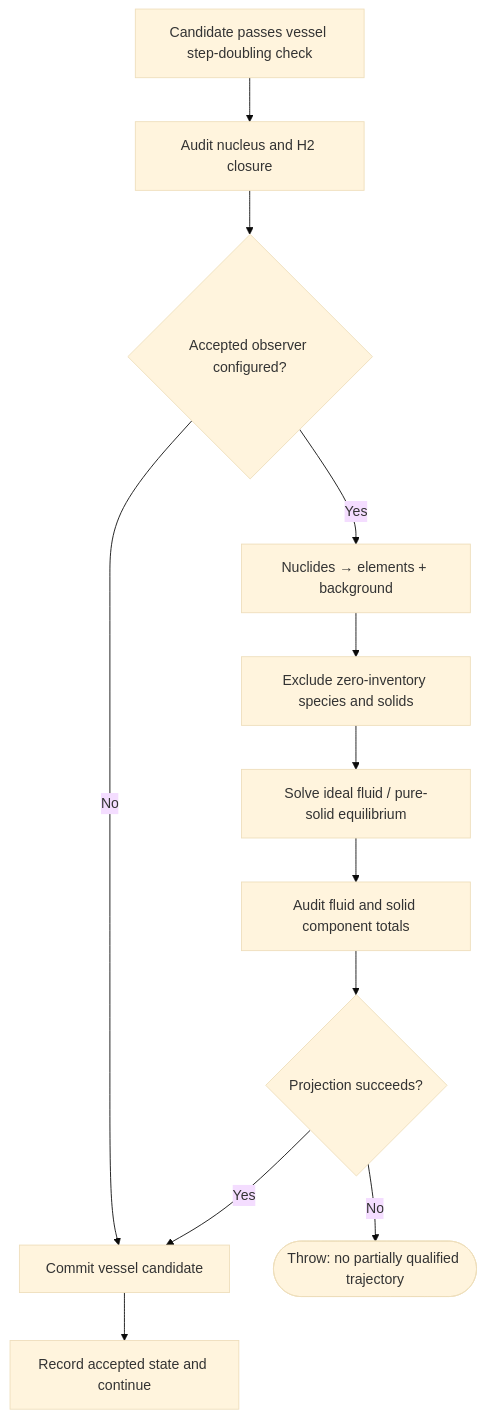
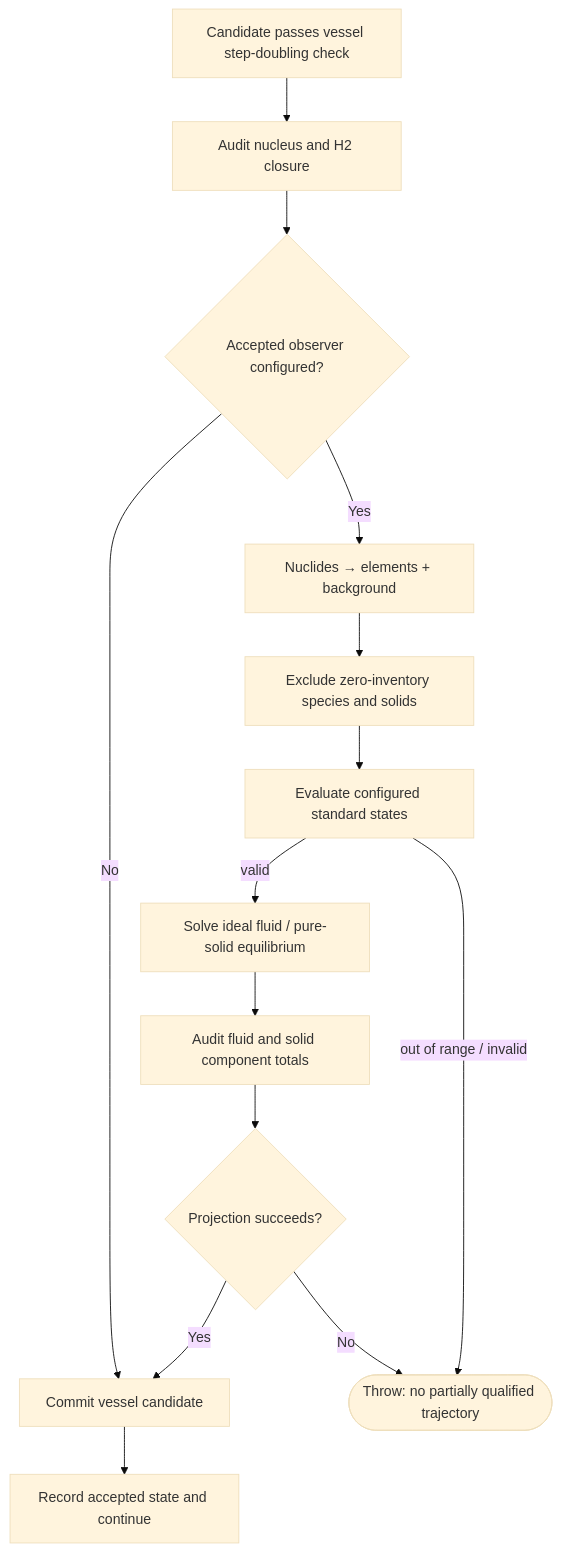
The second of 4 diagrams in architecture/sysml-v2/views/09-chemistry-time-coupling.md (dward239/Thermodynamics_of_Solution), drawn with Mermaid (base theme) before and after one commit. The commit also changed other lines of this file and 7 other files, not shown here.

Commit message:
Evaluate chemical equilibrium at candidate vessel temperature

````diff
--- a/architecture/sysml-v2/views/09-chemistry-time-coupling.md
+++ b/architecture/sysml-v2/views/09-chemistry-time-coupling.md
@@ -31,14 +32,16 @@
 ```mermaid
 flowchart TD
   A["Candidate passes vessel step-doubling check"] --> B["Audit nucleus and H2 closure"]
   B --> C{"Accepted observer configured?"}
   C -->|No| D["Commit vessel candidate"]
   C -->|Yes| E["Nuclides → elements + background"]
   E --> F["Exclude zero-inventory species and solids"]
-  F --> G["Solve ideal fluid / pure-solid equilibrium"]
+  F --> T["Evaluate configured standard states"]
+  T -->|valid| G["Solve ideal fluid / pure-solid equilibrium"]
+  T -->|out of range / invalid| J
   G --> H["Audit fluid and solid component totals"]
   H --> I{"Projection succeeds?"}
   I -->|Yes| D
   I -->|No| J([Throw: no partially qualified trajectory])
   D --> K["Record accepted state and continue"]
 ```
````
